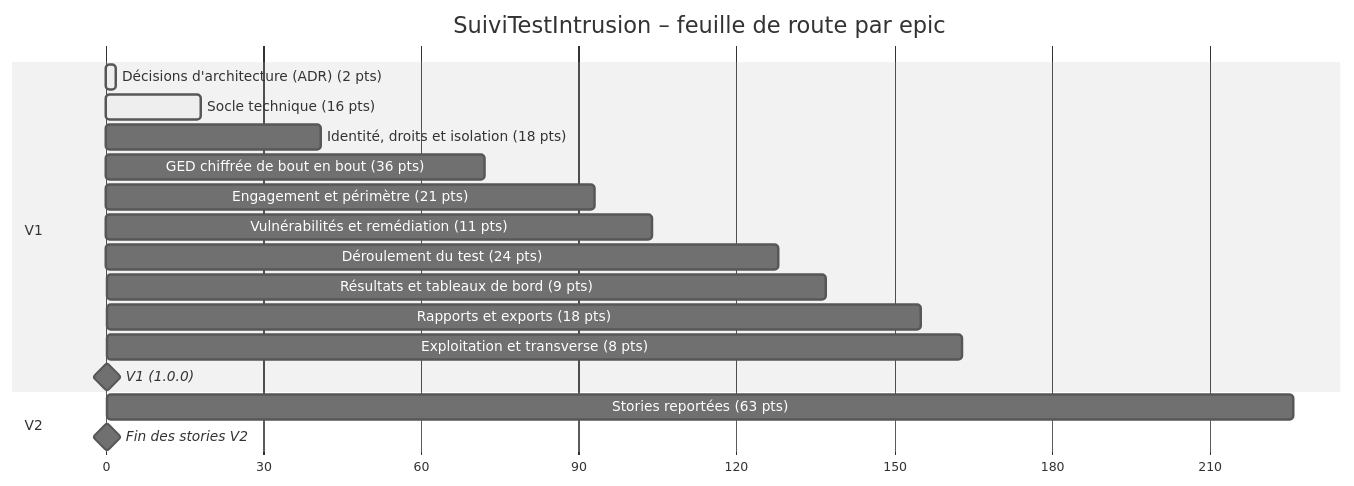
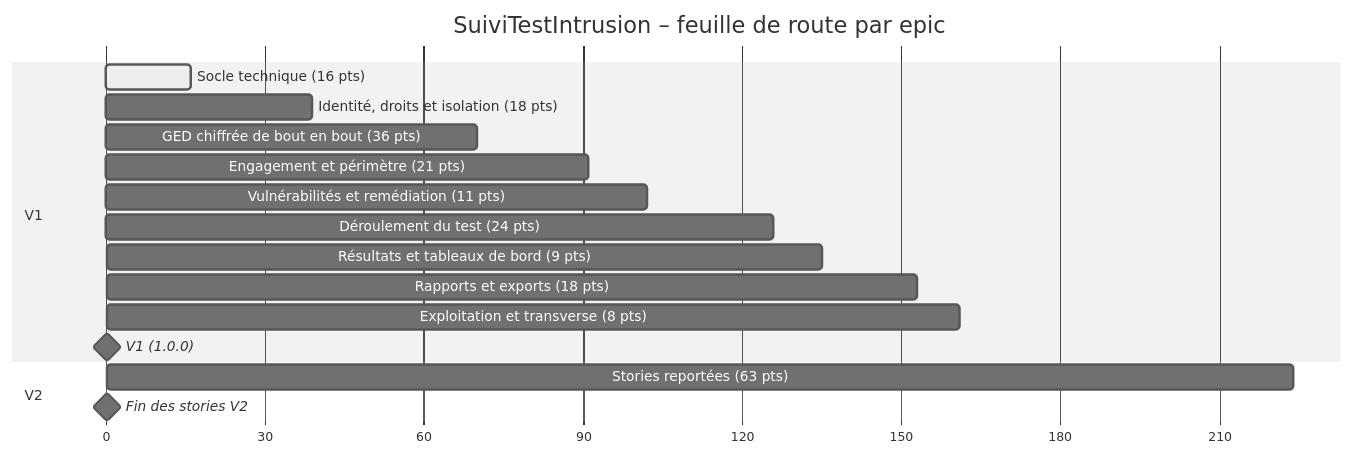
The first of 2 diagrams in docs/20-29 Développement/22 Planification/22.01 Planification du développement.md (ILPlais/SuiviTestIntrusion), drawn with Mermaid (neutral theme) before and after one commit. The commit also changed other lines of this file and 5 other files, not shown here.

````diff
--- a/docs/20-29 Développement/22 Planification/22.01 Planification du développement.md
+++ b/docs/20-29 Développement/22 Planification/22.01 Planification du développement.md
@@ -48,21 +48,20 @@
 ```mermaid
 gantt
     title SuiviTestIntrusion – feuille de route par epic
     dateFormat X
     axisFormat %s
     section V1
-    Décisions d'architecture (ADR) (2 pts) :active, ep_decisions, 0, 2
-    Socle technique (16 pts) :active, ep_socle, 2, 18
-    Identité, droits et isolation (18 pts) :ep_identite, 18, 41
-    GED chiffrée de bout en bout (36 pts) :ep_ged_chiffree, 31, 72
-    Engagement et périmètre (21 pts) :ep_engagement, 72, 93
-    Vulnérabilités et remédiation (11 pts) :ep_vulnerabilites, 93, 104
-    Déroulement du test (24 pts) :ep_deroulement, 104, 128
-    Résultats et tableaux de bord (9 pts) :ep_resultats, 128, 137
-    Rapports et exports (18 pts) :ep_exports, 137, 155
-    Exploitation et transverse (8 pts) :ep_exploitation, 155, 163
-    V1 (1.0.0) :milestone, v1, 163, 0d
+    Socle technique (16 pts) :active, ep_socle, 0, 16
+    Identité, droits et isolation (18 pts) :ep_identite, 16, 39
+    GED chiffrée de bout en bout (36 pts) :ep_ged_chiffree, 29, 70
+    Engagement et périmètre (21 pts) :ep_engagement, 70, 91
+    Vulnérabilités et remédiation (11 pts) :ep_vulnerabilites, 91, 102
+    Déroulement du test (24 pts) :ep_deroulement, 102, 126
+    Résultats et tableaux de bord (9 pts) :ep_resultats, 126, 135
+    Rapports et exports (18 pts) :ep_exports, 135, 153
+    Exploitation et transverse (8 pts) :ep_exploitation, 153, 161
+    V1 (1.0.0) :milestone, v1, 161, 0d
     section V2
-    Stories reportées (63 pts) :ep_v2, 163, 226
-    Fin des stories V2 :milestone, v2, 226, 0d
+    Stories reportées (63 pts) :ep_v2, 161, 224
+    Fin des stories V2 :milestone, v2, 224, 0d
 ```
````
